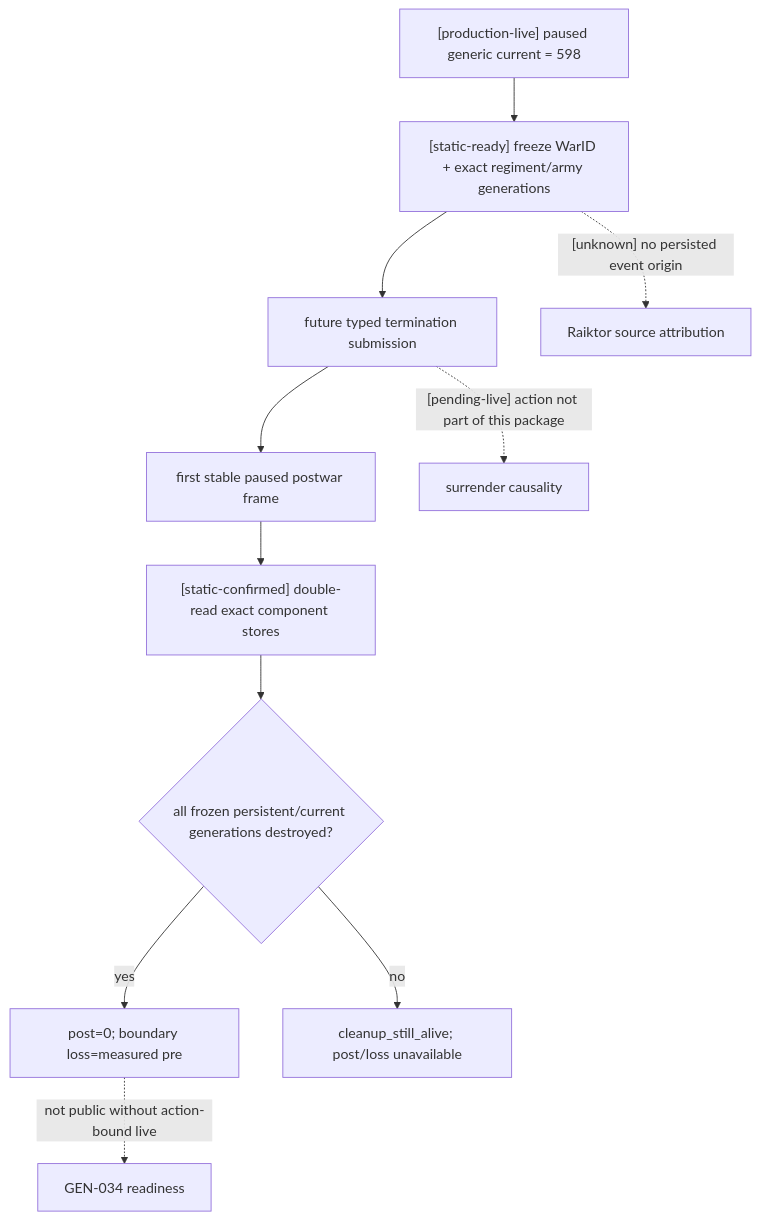
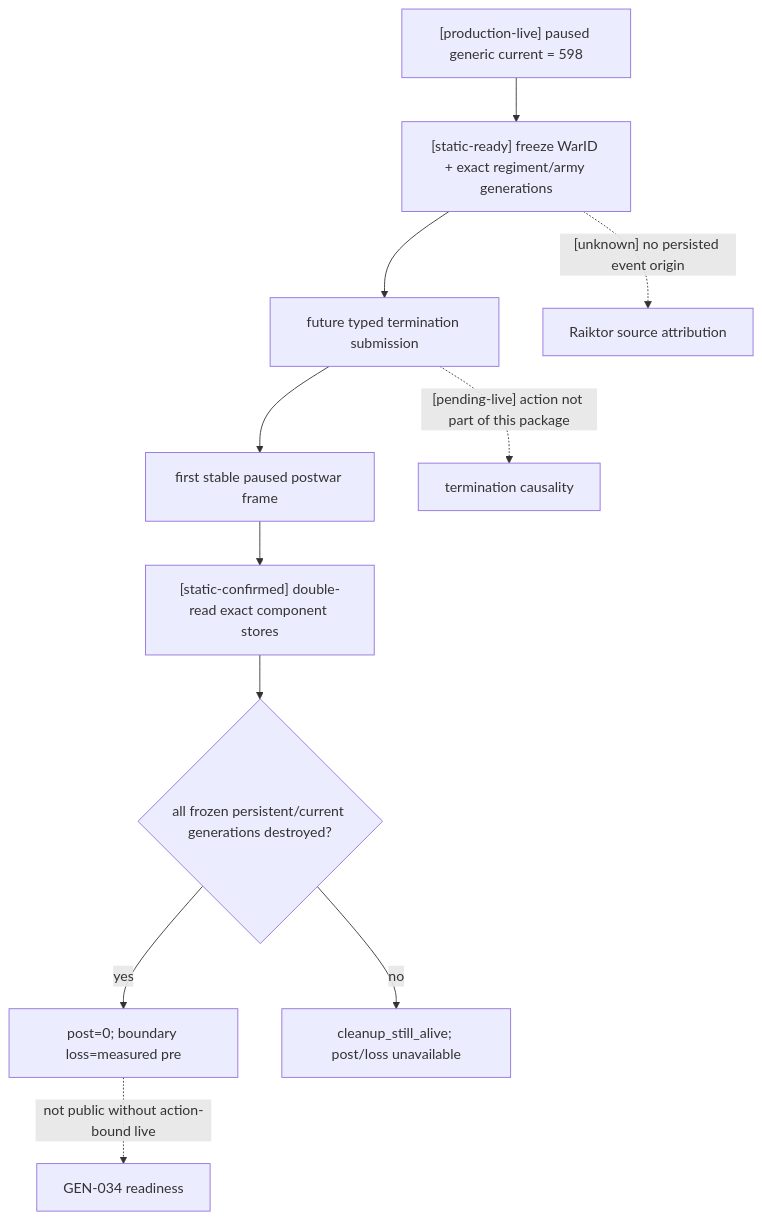
Before and after one commit to XenoAmess/ck3_eternal_recurrence: diagram 18 of 18 in docs/ck3-native-ai/war-termination.md, drawn with Mermaid. The commit also changed other lines of this file and 13 other files, not shown here.

````diff
--- a/docs/ck3-native-ai/war-termination.md
+++ b/docs/ck3-native-ai/war-termination.md
@@ -2387,13 +2387,13 @@
 ```mermaid
 flowchart TD
     C["[production-live] paused generic current = 598"] --> F["[static-ready] freeze WarID + exact regiment/army generations"]
     F --> A["future typed termination submission"]
     A --> P["first stable paused postwar frame"]
     P --> R["[static-confirmed] double-read exact component stores"]
     R --> D{"all frozen persistent/current generations destroyed?"}
     D -->|yes| L["post=0; boundary loss=measured pre"]
     D -->|no| I["cleanup_still_alive; post/loss unavailable"]
     F -. "[unknown] no persisted event origin" .-> S["Raiktor source attribution"]
-    A -. "[pending-live] action not part of this package" .-> B["surrender causality"]
+    A -. "[pending-live] action not part of this package" .-> B["termination causality"]
     L -. "not public without action-bound live" .-> G["GEN-034 readiness"]
 ```
````
